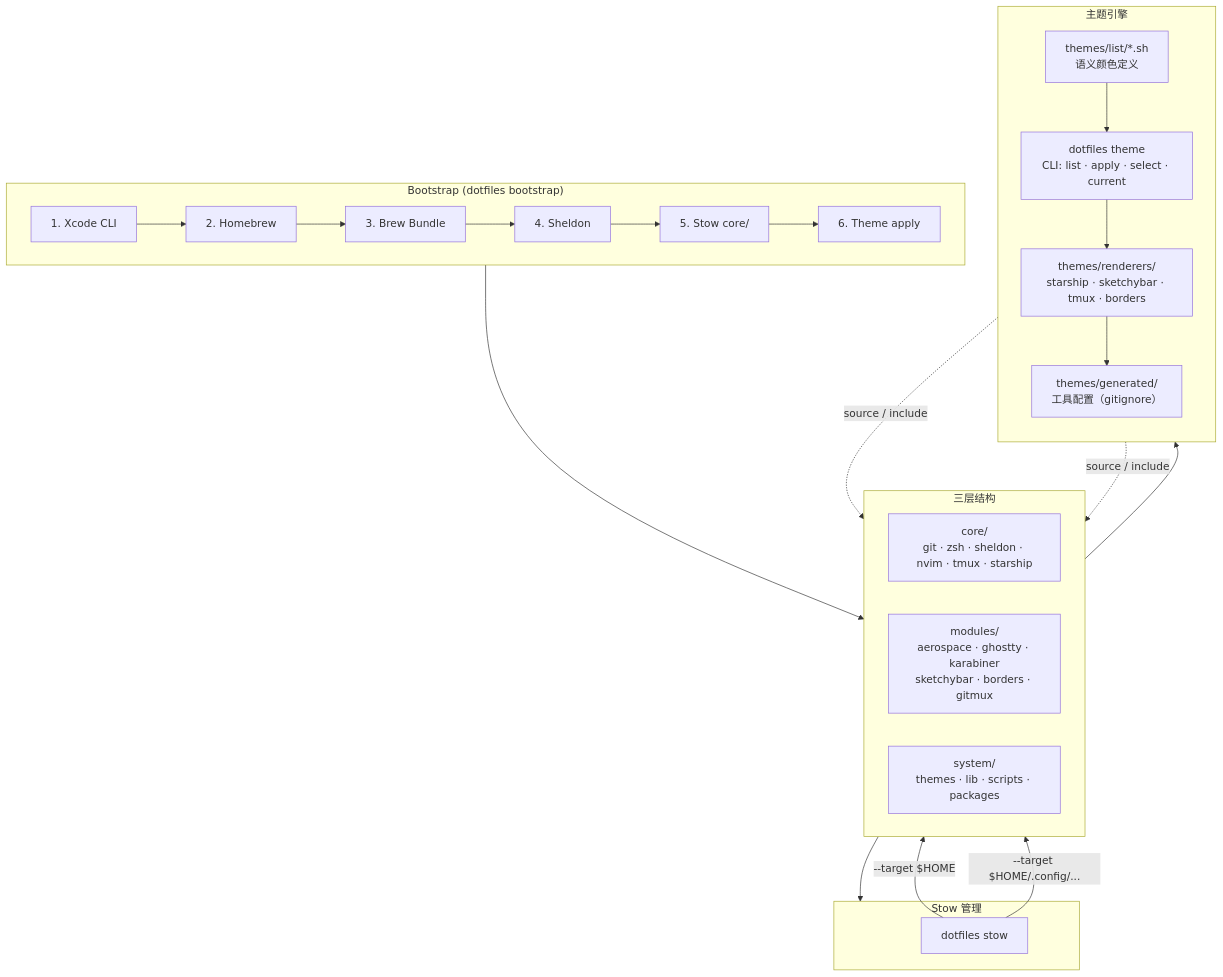
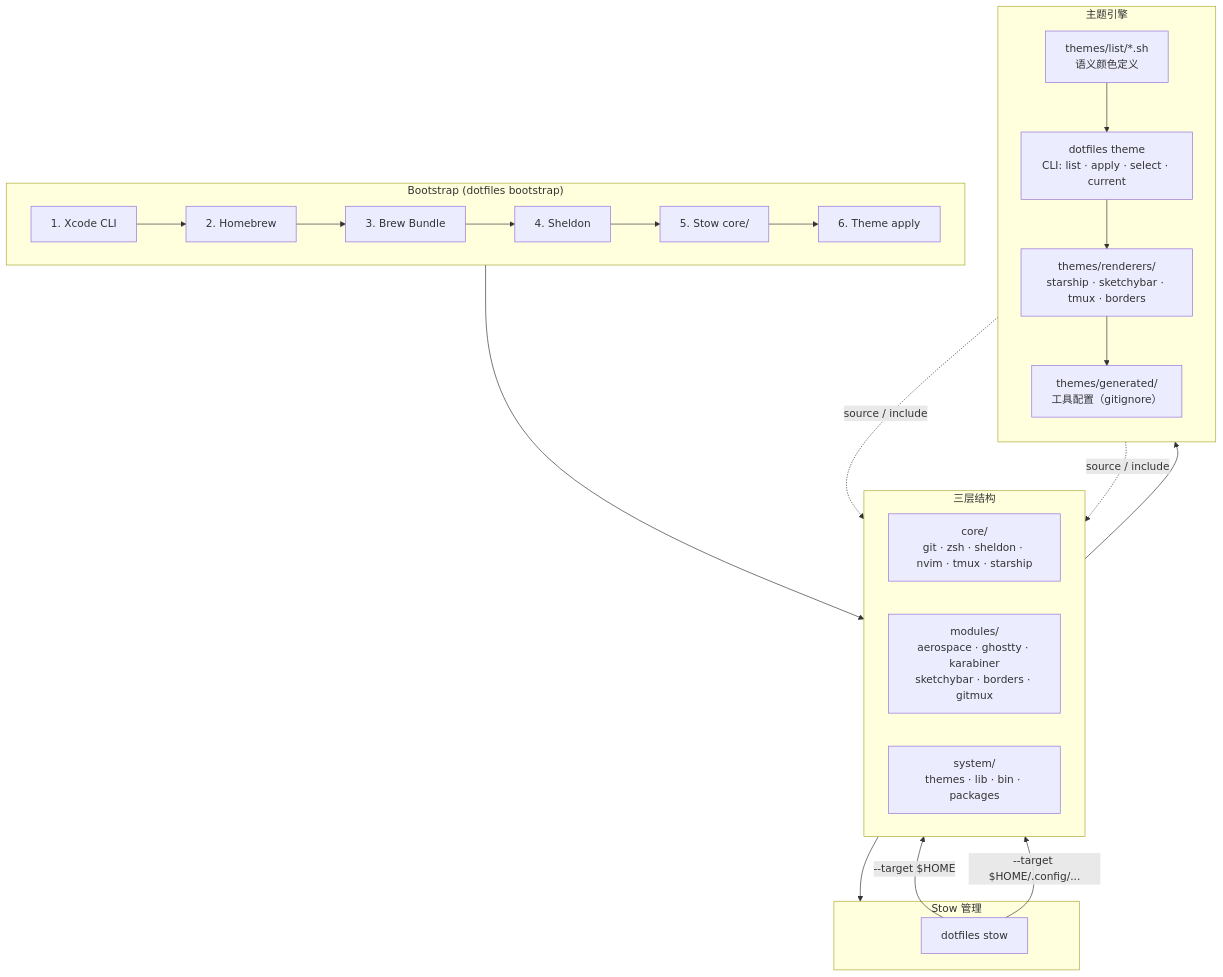
Before and after one commit to slashspace/dotfiles: the first of 4 diagrams in README.zh-CN.md, drawn with Mermaid. The commit also changed other lines of this file and 18 other files, not shown here.

````diff
--- a/README.zh-CN.md
+++ b/README.zh-CN.md
@@ -37,40 +36,40 @@
 ```mermaid
 flowchart TB
     subgraph bootstrap ["Bootstrap (dotfiles bootstrap)"]
         B1["1. Xcode CLI"]
         B2["2. Homebrew"]
         B3["3. Brew Bundle"]
         B4["4. Sheldon"]
         B5["5. Stow core/"]
         B6["6. Theme apply"]
         B1 --> B2 --> B3 --> B4 --> B5 --> B6
     end
 
     subgraph layers ["三层结构"]
         direction LR
         CORE["core/<br/>git · zsh · sheldon · nvim · tmux · starship"]
         MODS["modules/<br/>aerospace · ghostty · karabiner<br/>sketchybar · borders · gitmux"]
-        SYS["system/<br/>themes · lib · scripts · packages"]
+        SYS["system/<br/>themes · lib · bin · packages"]
     end
 
     subgraph stow ["Stow 管理"]
         SM["dotfiles stow"]
         SM -->|"--target $HOME"| CORE
         SM -->|"--target $HOME/.config/..."| MODS
     end
 
     subgraph theme ["主题引擎"]
         direction TB
         TL["themes/list/*.sh<br/>语义颜色定义"]
         TR["themes/renderers/<br/>starship · sketchybar · tmux · borders"]
         TG["themes/generated/<br/>工具配置（gitignore）"]
         CLI["dotfiles theme<br/>CLI: list · apply · select · current"]
         TL --> CLI --> TR --> TG
     end
 
     bootstrap --> layers
     layers --> stow
     SYS --> theme
     TG -.->|"source / include"| CORE
     TG -.->|"source / include"| MODS
 ```
````
